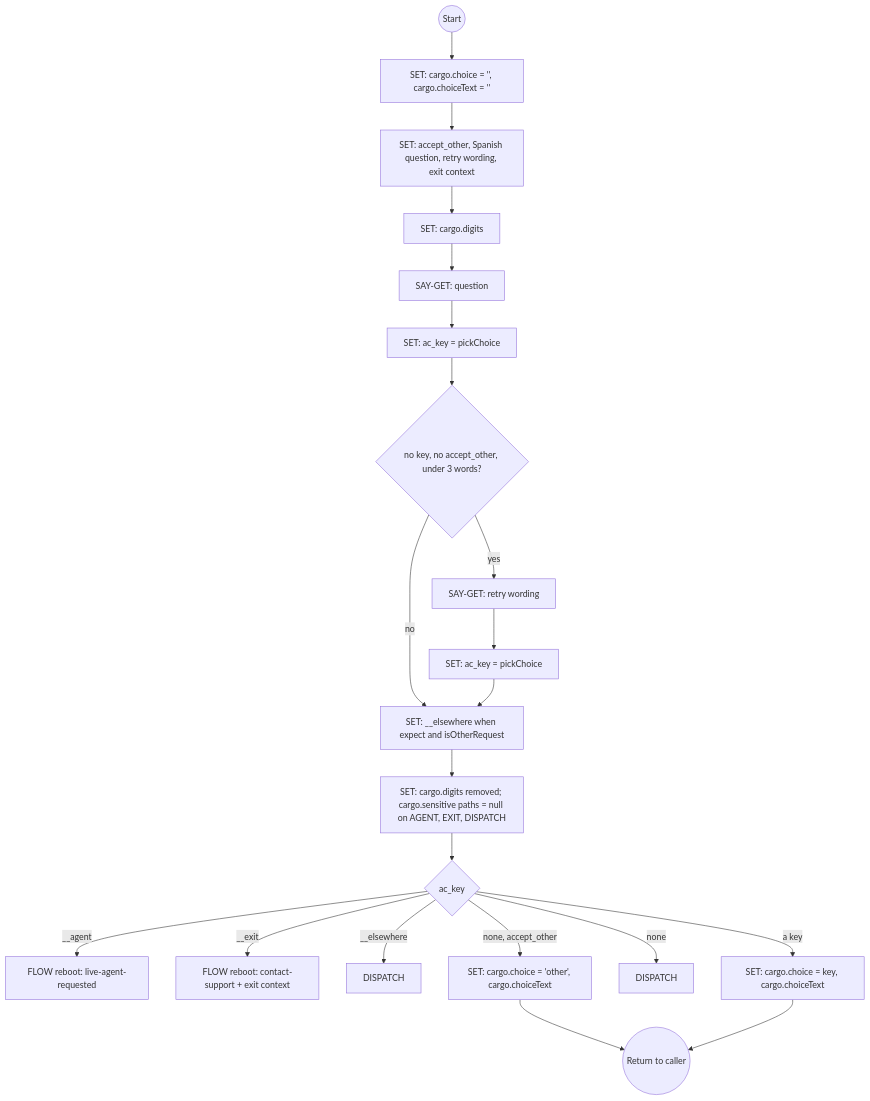
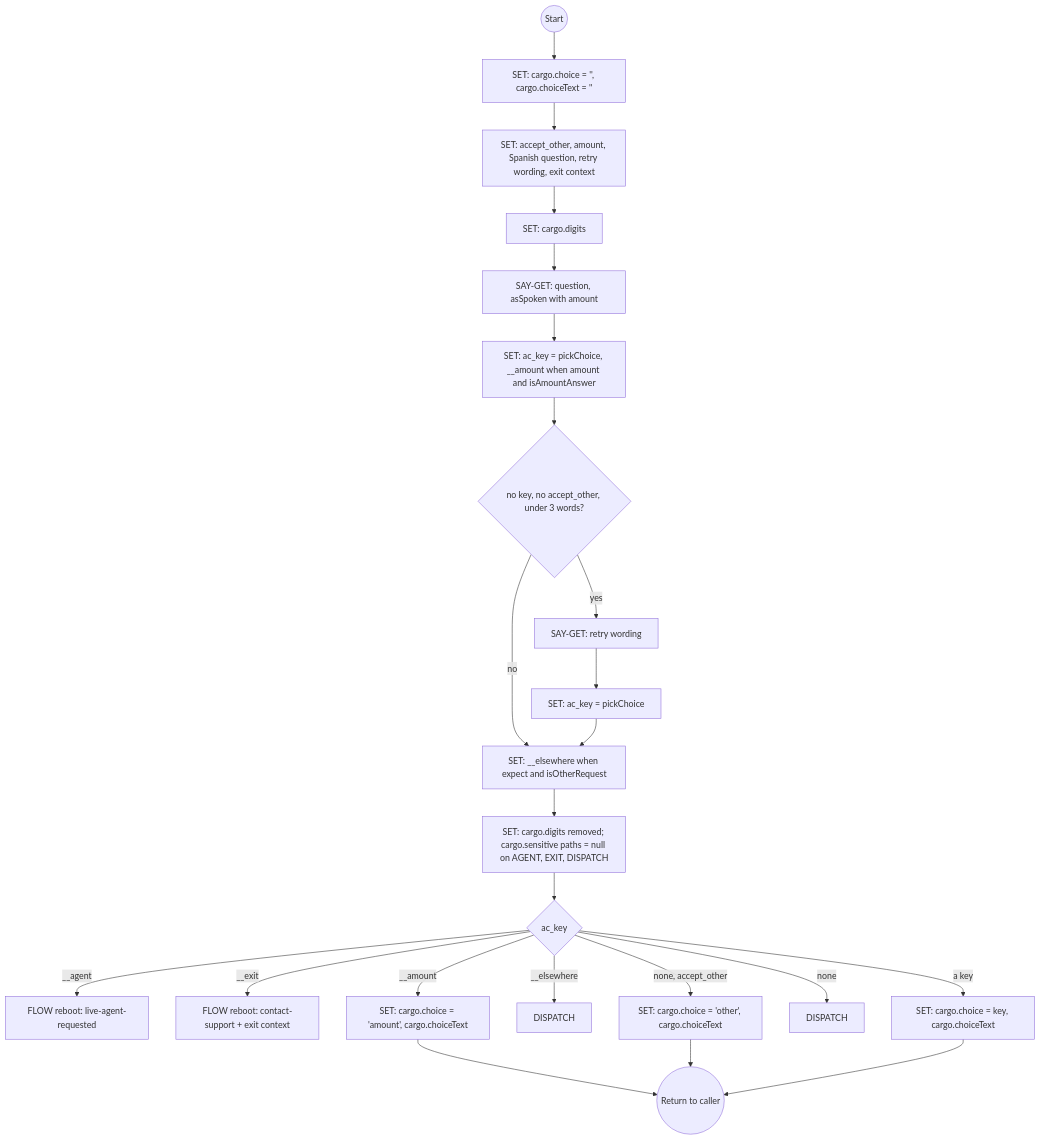
One commit to ronpinkas/jsfe changed diagram 18 of 22 in docs/system-flows.md. Above: the diagram before and after it, drawn with Mermaid. The commit also changed other lines of this file and 1 other file, not shown here.

````diff
--- a/docs/system-flows.md
+++ b/docs/system-flows.md
@@ -957,23 +972,25 @@
 ```mermaid
 graph TD
     start((Start)) --> ac_reset["SET: cargo.choice = '', cargo.choiceText = ''"]
-    ac_reset --> defaults[SET: accept_other, Spanish question, retry wording, exit context]
+    ac_reset --> defaults[SET: accept_other, amount, Spanish question, retry wording, exit context]
     defaults --> ac_keypad[SET: cargo.digits]
-    ac_keypad --> ac_ask[SAY-GET: question]
-    ac_ask --> ac_match[SET: ac_key = pickChoice]
+    ac_keypad --> ac_ask[SAY-GET: question, asSpoken with amount]
+    ac_ask --> ac_match["SET: ac_key = pickChoice, __amount when amount and isAmountAnswer"]
     ac_match --> reask{no key, no accept_other, under 3 words?}
     reask -->|yes| ac_reask[SAY-GET: retry wording]
     reask -->|no| other_check
     ac_reask --> ac_match_again[SET: ac_key = pickChoice]
     ac_match_again --> other_check["SET: __elsewhere when expect and isOtherRequest"]
     other_check --> keypad_done["SET: cargo.digits removed; cargo.sensitive paths = null on AGENT, EXIT, DISPATCH"]
     keypad_done --> route{ac_key}
     route -->|__agent| ac_agent[FLOW reboot: live-agent-requested]
     route -->|__exit| ac_exit[FLOW reboot: contact-support + exit context]
+    route -->|__amount| ac_return_amount["SET: cargo.choice = 'amount', cargo.choiceText"]
     route -->|__elsewhere| ac_elsewhere[DISPATCH]
     route -->|none, accept_other| ac_return_other["SET: cargo.choice = 'other', cargo.choiceText"]
     route -->|none| ac_other_request[DISPATCH]
     route -->|a key| ac_return_choice[SET: cargo.choice = key, cargo.choiceText]
-    ac_return_other --> stop((Return to caller))
+    ac_return_amount --> stop((Return to caller))
+    ac_return_other --> stop
     ac_return_choice --> stop
 ```
````
